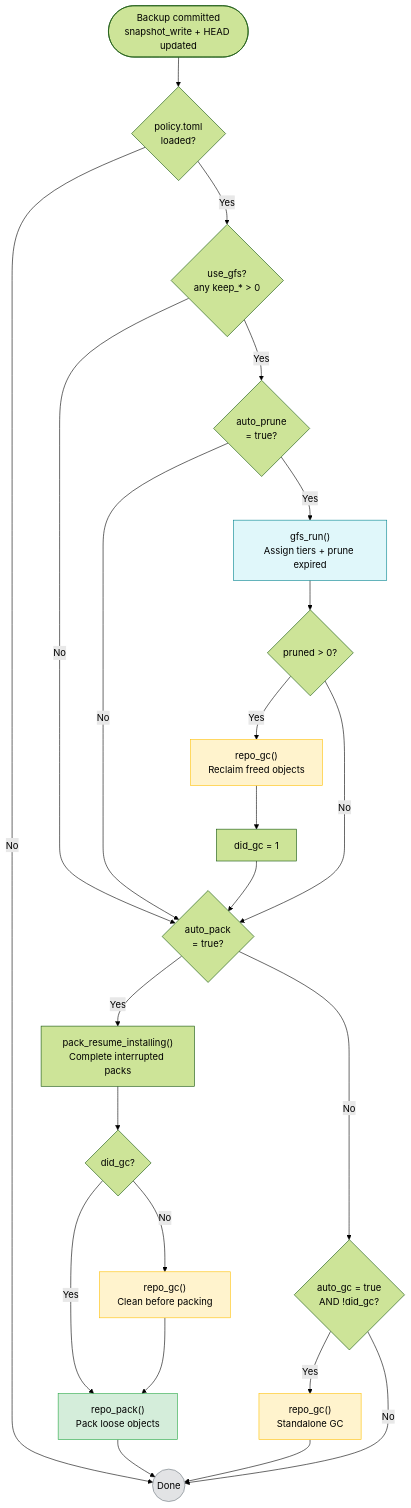
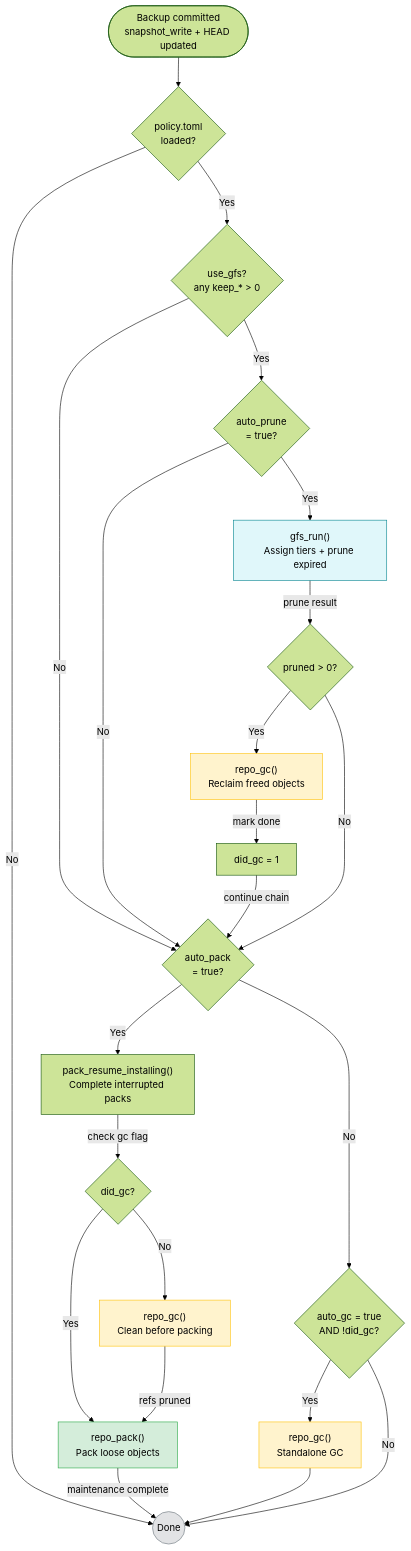
Before and after one commit to vifair22/c-backup: the diagram in diagrams/06-post-backup-maintenance.md, drawn with Mermaid (forest theme). The commit also changed 11 other files, not shown here.

````diff
--- a/diagrams/06-post-backup-maintenance.md
+++ b/diagrams/06-post-backup-maintenance.md
@@ -5,42 +5,42 @@
 ```mermaid
 flowchart TD
     START(["Backup committed<br/>snapshot_write + HEAD updated"])
 
     HAS_POL{"policy.toml<br/>loaded?"}
     START --> HAS_POL
     HAS_POL -- "No" --> DONE(("Done"))
 
     HAS_POL -- "Yes" --> USE_GFS{"use_gfs?<br/>any keep_* > 0"}
 
     USE_GFS -- "Yes" --> AUTO_PRUNE{"auto_prune<br/>= true?"}
     USE_GFS -- "No" --> AUTO_PACK
 
     AUTO_PRUNE -- "Yes" --> GFS_RUN["gfs_run()<br/>Assign tiers + prune expired"]
     AUTO_PRUNE -- "No" --> AUTO_PACK
 
-    GFS_RUN --> PRUNED{"pruned > 0?"}
+    GFS_RUN -->|prune result| PRUNED{"pruned > 0?"}
     PRUNED -- "Yes" --> GC1["repo_gc()<br/>Reclaim freed objects"]
-    GC1 --> SET_GC["did_gc = 1"]
-    SET_GC --> AUTO_PACK
+    GC1 -->|mark done| SET_GC["did_gc = 1"]
+    SET_GC -->|continue chain| AUTO_PACK
     PRUNED -- "No" --> AUTO_PACK
 
     AUTO_PACK{"auto_pack<br/>= true?"}
     AUTO_PACK -- "Yes" --> RESUME["pack_resume_installing()<br/>Complete interrupted packs"]
-    RESUME --> GC_GUARD{"did_gc?"}
+    RESUME -->|check gc flag| GC_GUARD{"did_gc?"}
     GC_GUARD -- "No" --> GC2["repo_gc()<br/>Clean before packing"]
     GC_GUARD -- "Yes" --> PACK
-    GC2 --> PACK
-    PACK["repo_pack()<br/>Pack loose objects"] --> DONE
+    GC2 -->|refs pruned| PACK
+    PACK["repo_pack()<br/>Pack loose objects"] -->|maintenance complete| DONE
 
     AUTO_PACK -- "No" --> AUTO_GC{"auto_gc = true<br/>AND !did_gc?"}
     AUTO_GC -- "Yes" --> GC3["repo_gc()<br/>Standalone GC"]
     GC3 --> DONE
     AUTO_GC -- "No" --> DONE
 
     style GFS_RUN fill:#e0f7fa,stroke:#00838f
     style GC1 fill:#fff3cd,stroke:#ffc107
     style GC2 fill:#fff3cd,stroke:#ffc107
     style GC3 fill:#fff3cd,stroke:#ffc107
     style PACK fill:#d4edda,stroke:#28a745
     style DONE fill:#e2e3e5,stroke:#6c757d
 ```
````
